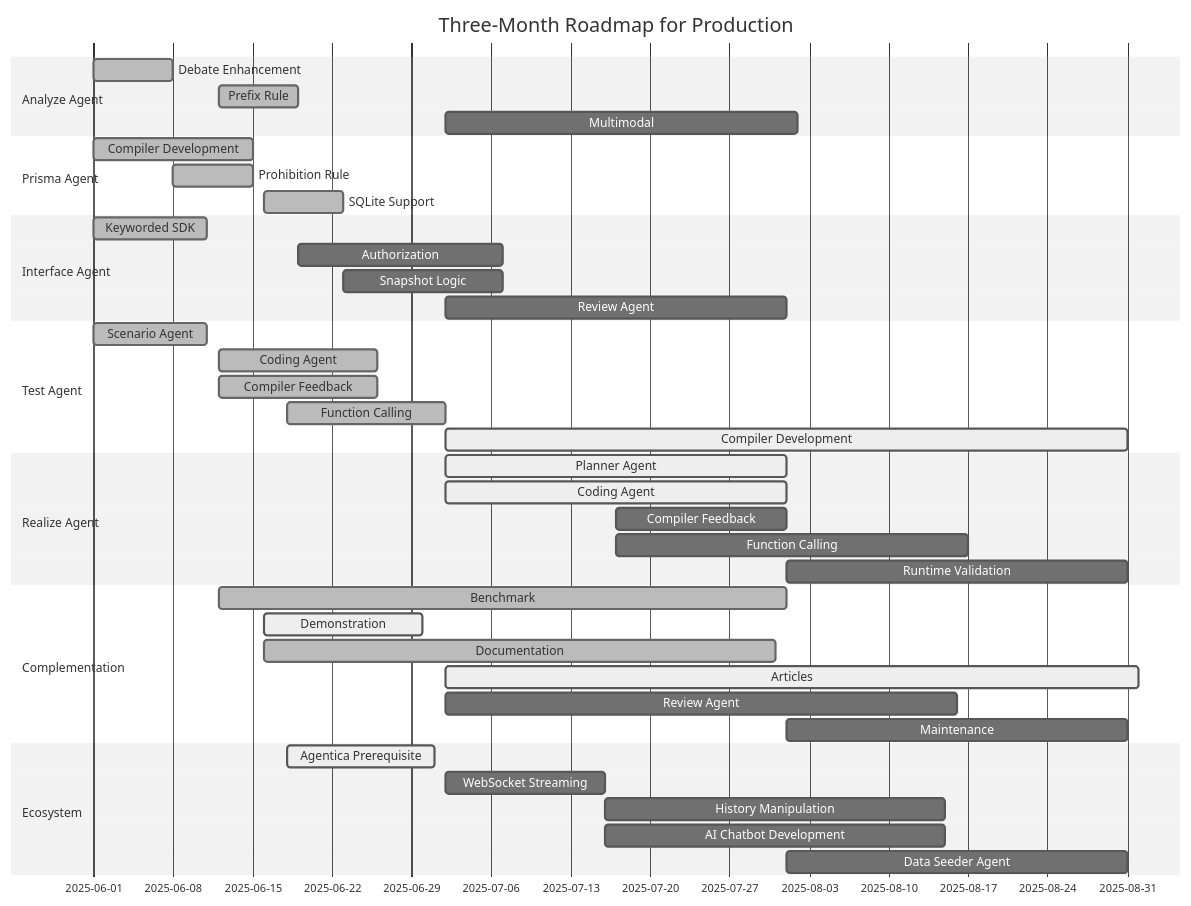
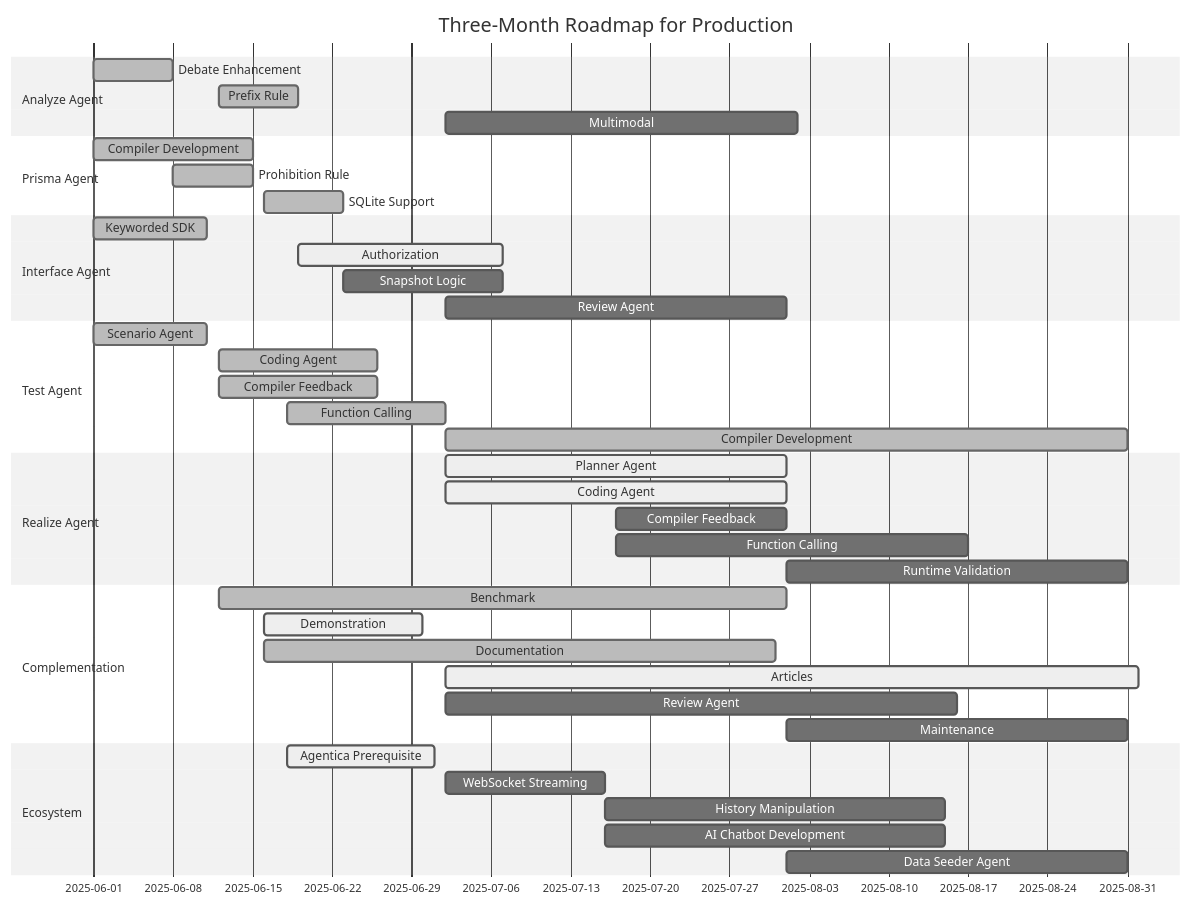
The second of 2 diagrams in README.md (RavenView-ai/autobe), drawn with Mermaid (neutral theme) before and after one commit. The commit also changed 1 other file, not shown here.

Commit message:
Update roadmap

````diff
--- a/README.md
+++ b/README.md
@@ -155,50 +155,50 @@
 ```mermaid
 gantt
   dateFormat YYYY-MM-DD
   title Three-Month Roadmap for Production
 
   section Analyze Agent
   Debate Enhancement: done,    2025-06-01,  7d
   Prefix Rule:        done,    2025-06-12,  7d
   Multimodal:         planned, 2025-07-02, 31d
 
   section Prisma Agent
   Compiler Development: done, 2025-06-01, 14d
   Prohibition Rule:     done, 2025-06-08,  7d
   SQLite Support:       done, 2025-06-16,  7d
 
   section Interface Agent
   Keyworded SDK:  done,    2025-06-01, 10d
-  Authorization:  planned, 2025-06-19, 18d
+  Authorization:  active,  2025-06-19, 18d
   Snapshot Logic: planned, 2025-06-23, 14d
   Review Agent:   planned, 2025-07-02, 30d
 
   section Test Agent
-  Scenario Agent:       done,   2025-06-01, 10d        
-  Coding Agent:         done,   2025-06-12, 14d
-  Compiler Feedback:    done,   2025-06-12, 14d
-  Function Calling:     done,   2025-06-18, 14d
-  Compiler Development: active, 2025-07-02, 60d
+  Scenario Agent:       done, 2025-06-01, 10d        
+  Coding Agent:         done, 2025-06-12, 14d
+  Compiler Feedback:    done, 2025-06-12, 14d
+  Function Calling:     done, 2025-06-18, 14d
+  Compiler Development: done, 2025-07-02, 60d
 
   section Realize Agent
   Planner Agent:      active,  2025-07-02, 30d
   Coding Agent:       active,  2025-07-02, 30d
   Compiler Feedback:  planned, 2025-07-17, 15d
   Function Calling:   planned, 2025-07-17, 31d
   Runtime Validation: planned, 2025-08-01, 30d
 
   section Complementation
   Benchmark:     done,    2025-06-12, 50d
   Demonstration: active,  2025-06-16, 14d
   Documentation: done,    2025-06-16, 45d
   Articles:      active,  2025-07-02, 61d
   Review Agent:  planned, 2025-07-02, 45d
   Maintenance:   planned, 2025-08-01, 30d
 
   section Ecosystem
   Agentica Prerequisite:  active,  2025-06-18, 13d
   WebSocket Streaming:    planned, 2025-07-02, 14d
   History Manipulation:   planned, 2025-07-16, 30d
   AI Chatbot Development: planned, 2025-07-16, 30d
   Data Seeder Agent:      planned, 2025-08-01, 30d
 ```
````
